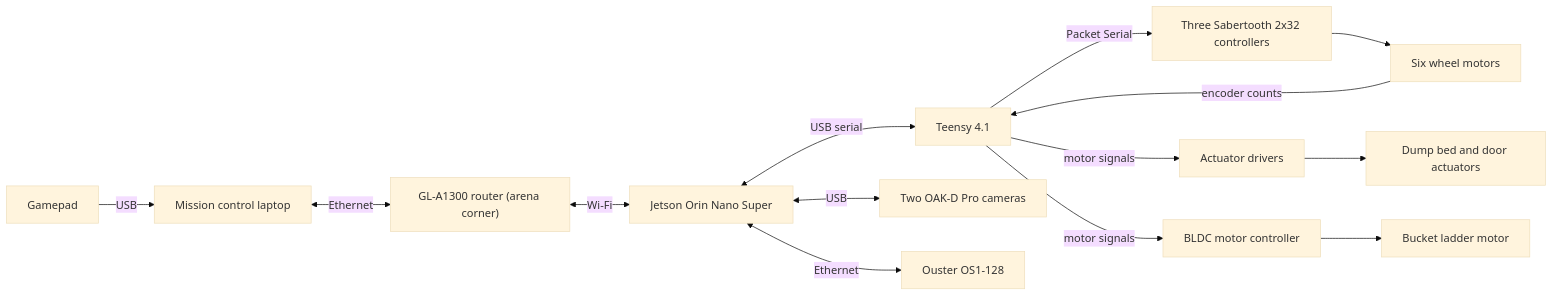
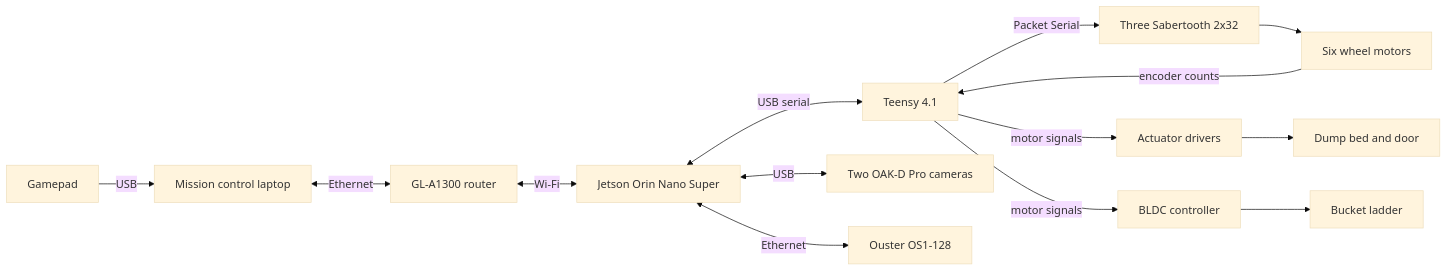
Before and after one commit to InnovaRobotics/innex-1: the first of 2 diagrams in docs/system-design.md, drawn with Mermaid (base theme). The commit also changed other lines of this file and 8 other files, not shown here.

````diff
--- a/docs/system-design.md
+++ b/docs/system-design.md
@@ -34,16 +34,16 @@
 ```mermaid
 flowchart LR
     gamepad["Gamepad"] -->|USB| laptop["Mission control laptop"]
-    laptop <-->|Ethernet| router["GL-A1300 router (arena corner)"]
+    laptop <-->|Ethernet| router["GL-A1300 router"]
     router <-->|Wi-Fi| jetson["Jetson Orin Nano Super"]
     jetson <-->|USB serial| teensy["Teensy 4.1"]
     jetson <-->|USB| oak["Two OAK-D Pro cameras"]
     jetson <-->|Ethernet| ouster["Ouster OS1-128"]
-    teensy -->|Packet Serial| sabertooth["Three Sabertooth 2x32 controllers"]
+    teensy -->|Packet Serial| sabertooth["Three Sabertooth 2x32"]
     teensy -->|motor signals| drivers["Actuator drivers"]
-    teensy -->|motor signals| bldc["BLDC motor controller"]
-    drivers --> actuators["Dump bed and door actuators"]
-    bldc --> ladder["Bucket ladder motor"]
+    teensy -->|motor signals| bldc["BLDC controller"]
+    drivers --> actuators["Dump bed and door"]
+    bldc --> ladder["Bucket ladder"]
     sabertooth --> wheels["Six wheel motors"]
     wheels -->|encoder counts| teensy
 ```
````
